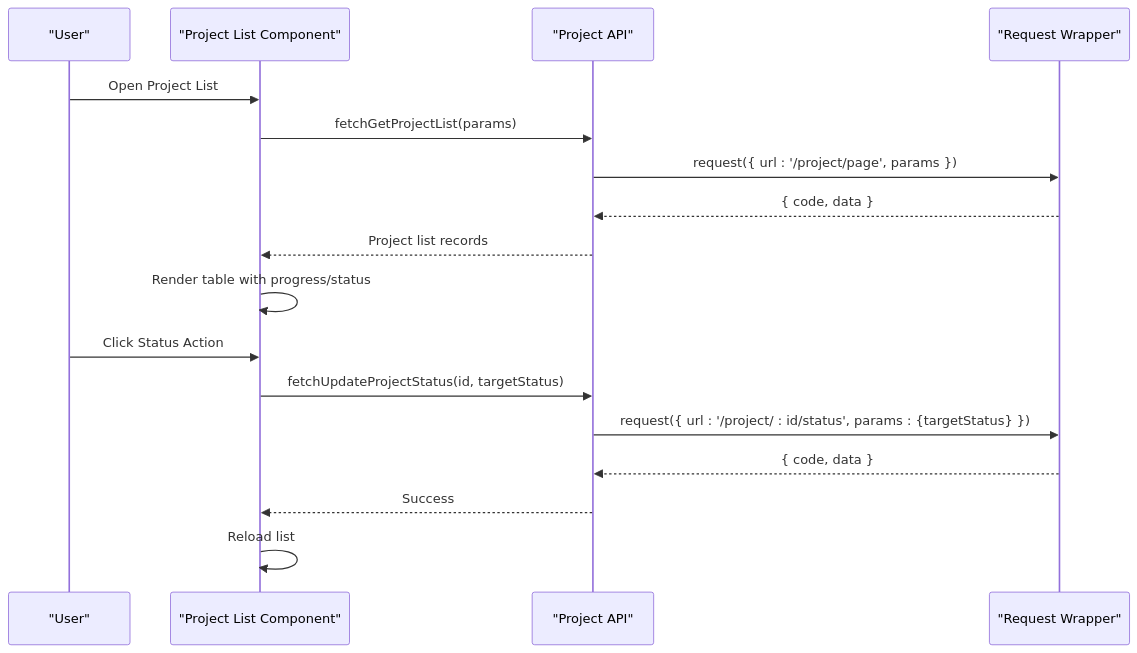
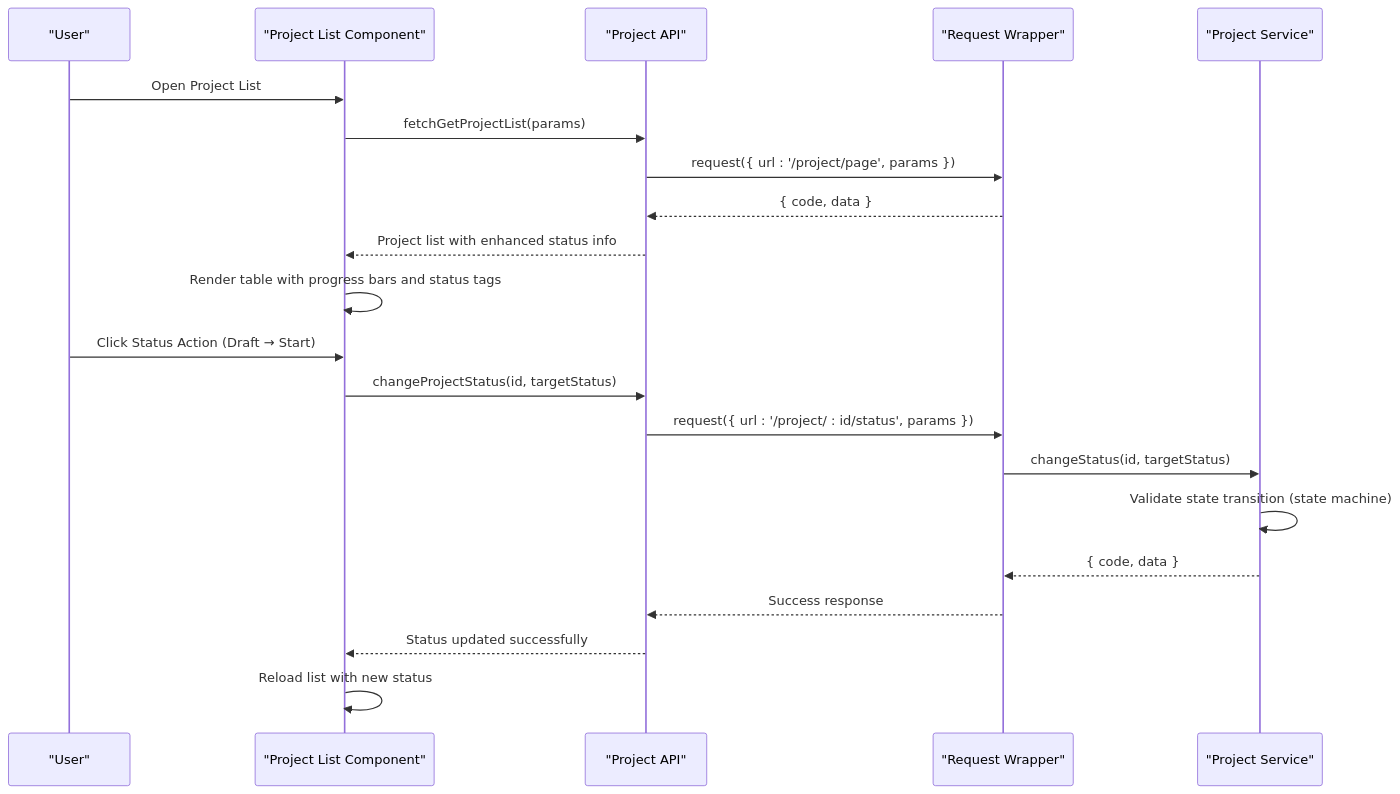
Before and after one commit to bo961386926/Survey-App: the fifth of 8 diagrams in .qoder/repowiki/en/content/Desktop Admin Interface/Desktop Admin Interface.md, drawn with Mermaid. The commit also changed other lines of this file and 7 other files, not shown here.

````diff
--- a/.qoder/repowiki/en/content/Desktop Admin Interface/Desktop Admin Interface.md
+++ b/.qoder/repowiki/en/content/Desktop Admin Interface/Desktop Admin Interface.md
@@ -242,19 +269,23 @@
 ```mermaid
 sequenceDiagram
 participant U as "User"
 participant P as "Project List Component"
 participant API as "Project API"
 participant REQ as "Request Wrapper"
+participant SVC as "Project Service"
 U->>P : Open Project List
 P->>API : fetchGetProjectList(params)
 API->>REQ : request({ url : '/project/page', params })
 REQ-->>API : { code, data }
-API-->>P : Project list records
-P->>P : Render table with progress/status
-U->>P : Click Status Action
-P->>API : fetchUpdateProjectStatus(id, targetStatus)
-API->>REQ : request({ url : '/project/ : id/status', params : {targetStatus} })
-REQ-->>API : { code, data }
-API-->>P : Success
-P->>P : Reload list
+API-->>P : Project list with enhanced status info
+P->>P : Render table with progress bars and status tags
+U->>P : Click Status Action (Draft → Start)
+P->>API : changeProjectStatus(id, targetStatus)
+API->>REQ : request({ url : '/project/ : id/status', params })
+REQ->>SVC : changeStatus(id, targetStatus)
+SVC->>SVC : Validate state transition (state machine)
+SVC-->>REQ : { code, data }
+REQ-->>API : Success response
+API-->>P : Status updated successfully
+P->>P : Reload list with new status
 ```
````
